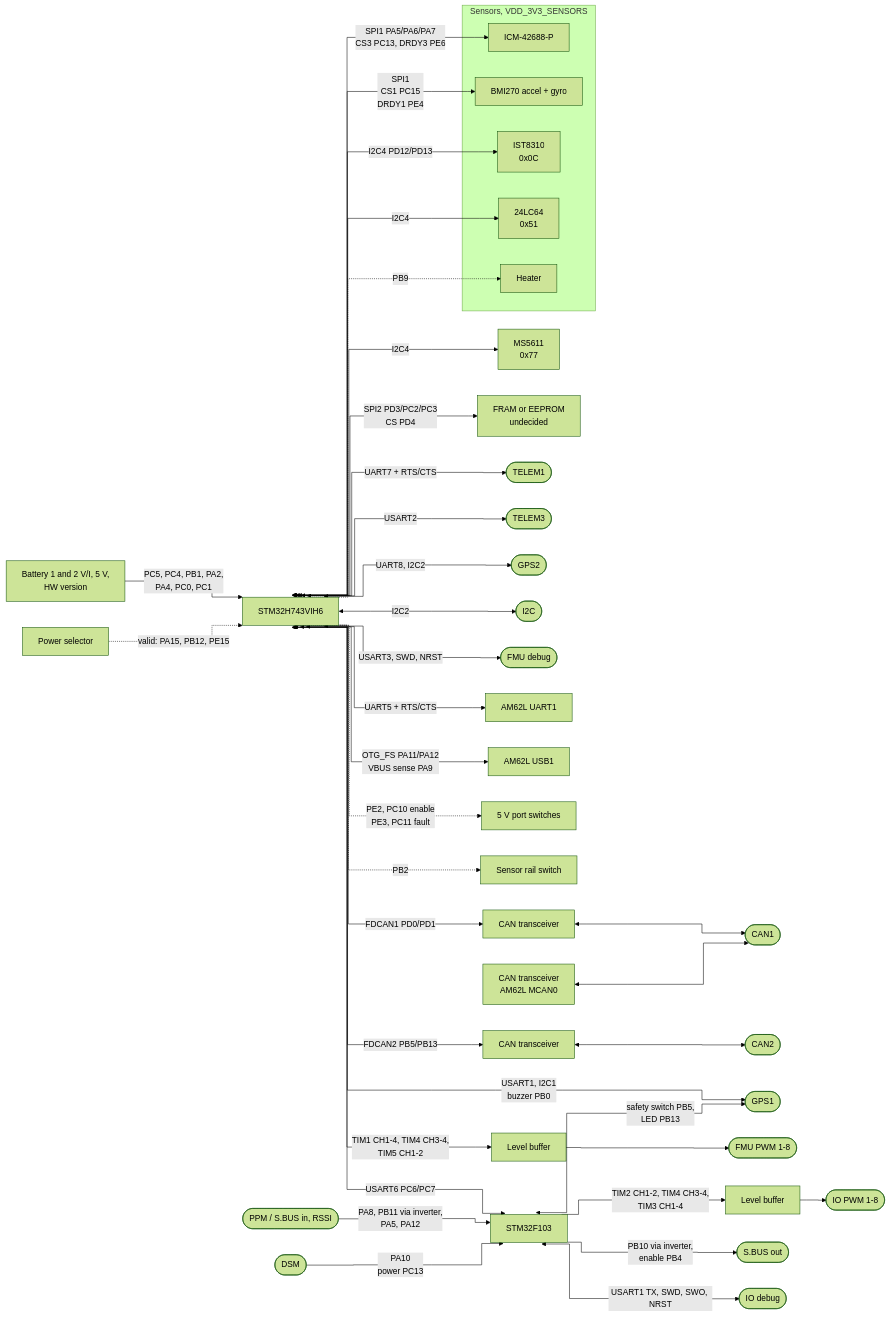
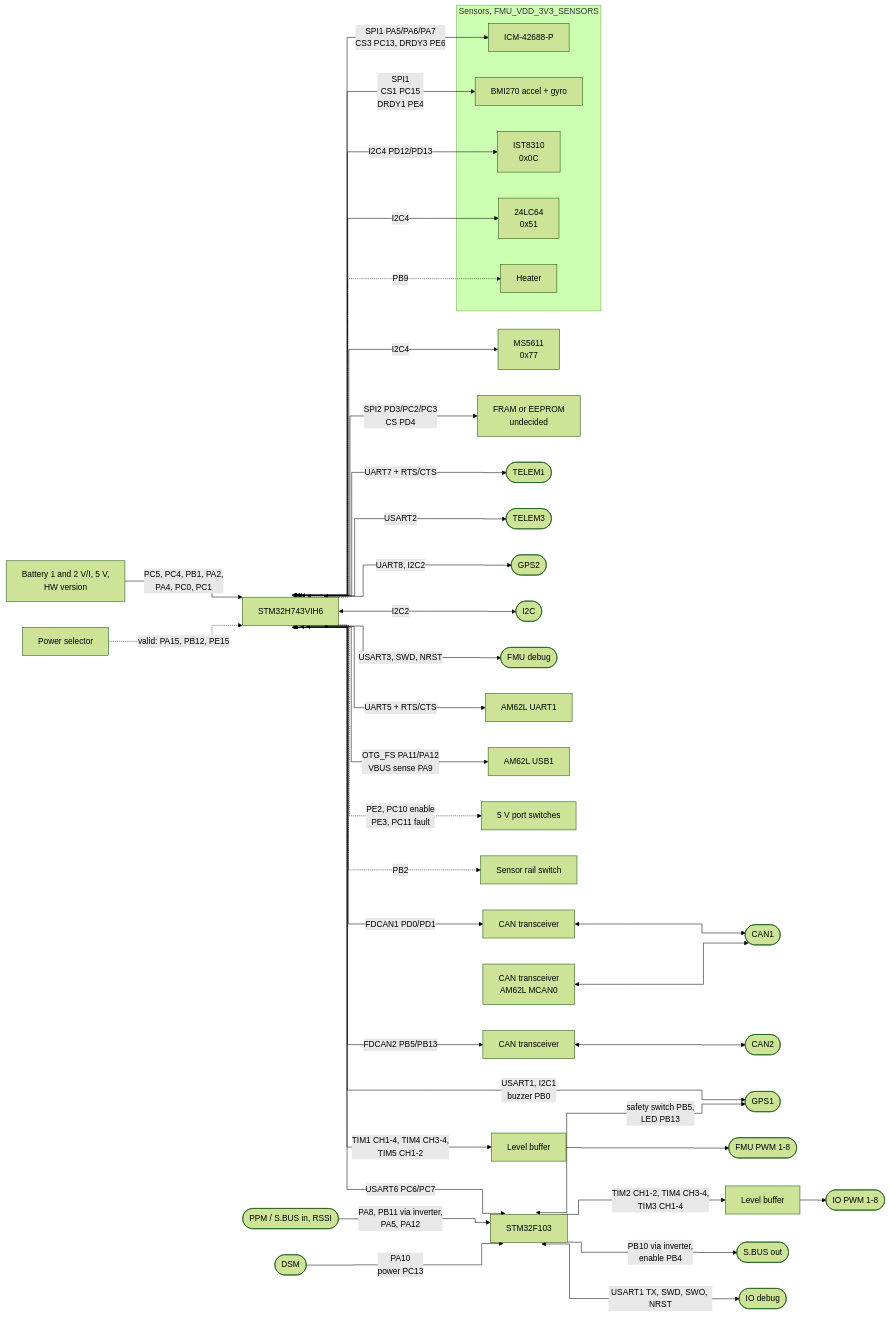
The second of 4 diagrams in projects/pinion/specs/diagrams/block-diagram.md (JustBrenkman/sora), drawn with Mermaid (forest theme) before and after one commit. The commit also changed other lines of this file and 10 other files, not shown here.

Commit message:
[pinion] mcu basic schematic in

````diff
--- a/projects/pinion/specs/diagrams/block-diagram.md
+++ b/projects/pinion/specs/diagrams/block-diagram.md
@@ -59,51 +59,51 @@
 ```mermaid
 %%{init: {"flowchart": {"curve": "step"}}}%%
 flowchart LR
     FMU[STM32H743VIH6]
 
-    subgraph IMU[Sensors, VDD_3V3_SENSORS]
+    subgraph IMU[Sensors, FMU_VDD_3V3_SENSORS]
         ICM[ICM-42688-P]
         BMI[BMI270 accel + gyro]
         MAG[IST8310<br/>0x0C]
         CAL[24LC64<br/>0x51]
         HTR[Heater]
     end
     BARO[MS5611<br/>0x77]
     NVM[FRAM or EEPROM<br/>undecided]
 
     FMU <-->|SPI1 PA5/PA6/PA7<br/>CS3 PC13, DRDY3 PE6| ICM
     FMU <-->|SPI1<br/>CS1 PC15<br/>DRDY1 PE4| BMI
     FMU <-->|I2C4 PD12/PD13| MAG
     FMU <-->|I2C4| CAL
     FMU <-->|I2C4| BARO
     FMU -.->|PB9| HTR
     FMU <-->|SPI2 PD3/PC2/PC3<br/>CS PD4| NVM
 
     FMU <-->|FDCAN1 PD0/PD1| X1[CAN transceiver] <--> CAN1([CAN1])
     FMU <-->|FDCAN2 PB5/PB13| X2[CAN transceiver] <--> CAN2([CAN2])
     SOCX[CAN transceiver<br/>AM62L MCAN0] <--> CAN1
 
     FMU <-->|UART7 + RTS/CTS| T1([TELEM1])
     FMU <-->|USART2| T3([TELEM3])
     FMU <-->|USART1, I2C1<br/>buzzer PB0| G1([GPS1])
     FMU <-->|UART8, I2C2| G2([GPS2])
     FMU <-->|I2C2| I2C([I2C])
     FMU <-->|USART3, SWD, NRST| DBG([FMU debug])
     FMU -->|TIM1 CH1-4, TIM4 CH3-4,<br/>TIM5 CH1-2| BUF1[Level buffer] --> AUX([FMU PWM 1-8])
 
     FMU <-->|UART5 + RTS/CTS| SOC[AM62L UART1]
     FMU <-->|OTG_FS PA11/PA12<br/>VBUS sense PA9| SOCU[AM62L USB1]
 
     FMU <-->|USART6 PC6/PC7| IO[STM32F103]
     IO -->|TIM2 CH1-2, TIM4 CH3-4,<br/>TIM3 CH1-4| BUF2[Level buffer] --> MAIN([IO PWM 1-8])
     RCIN([PPM / S.BUS in, RSSI]) -->|PA8, PB11 via inverter,<br/>PA5, PA12| IO
     IO -->|PB10 via inverter,<br/>enable PB4| SBO([S.BUS out])
     DSM([DSM]) -->|PA10<br/>power PC13| IO
     IO <-->|safety switch PB5,<br/>LED PB13| G1
     IO <-->|USART1 TX, SWD, SWO, NRST| IODBG([IO debug])
 
     ADC[Battery 1 and 2 V/I, 5 V,<br/>HW version] -->|PC5, PC4, PB1, PA2,<br/>PA4, PC0, PC1| FMU
     SEL[Power selector] -.->|valid: PA15, PB12, PE15| FMU
     FMU -.->|PE2, PC10 enable<br/>PE3, PC11 fault| SW[5 V port switches]
     FMU -.->|PB2| SSW[Sensor rail switch]
 ```
````
